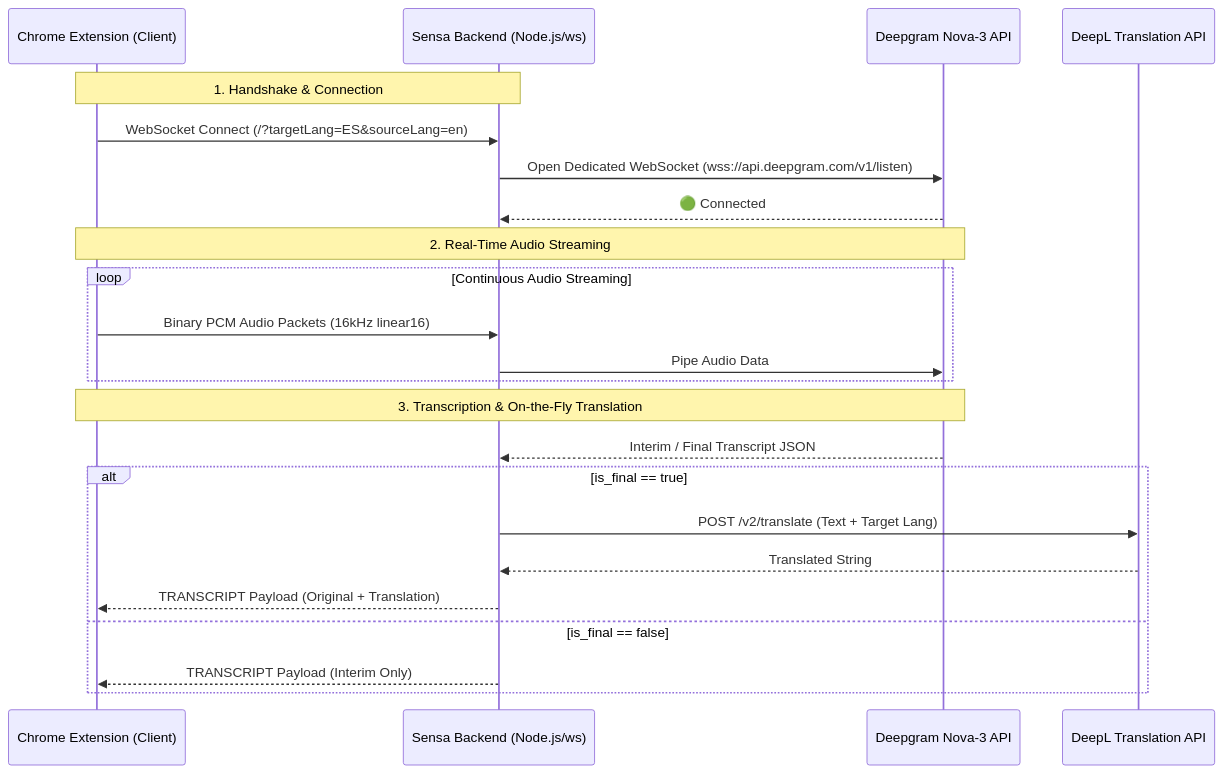
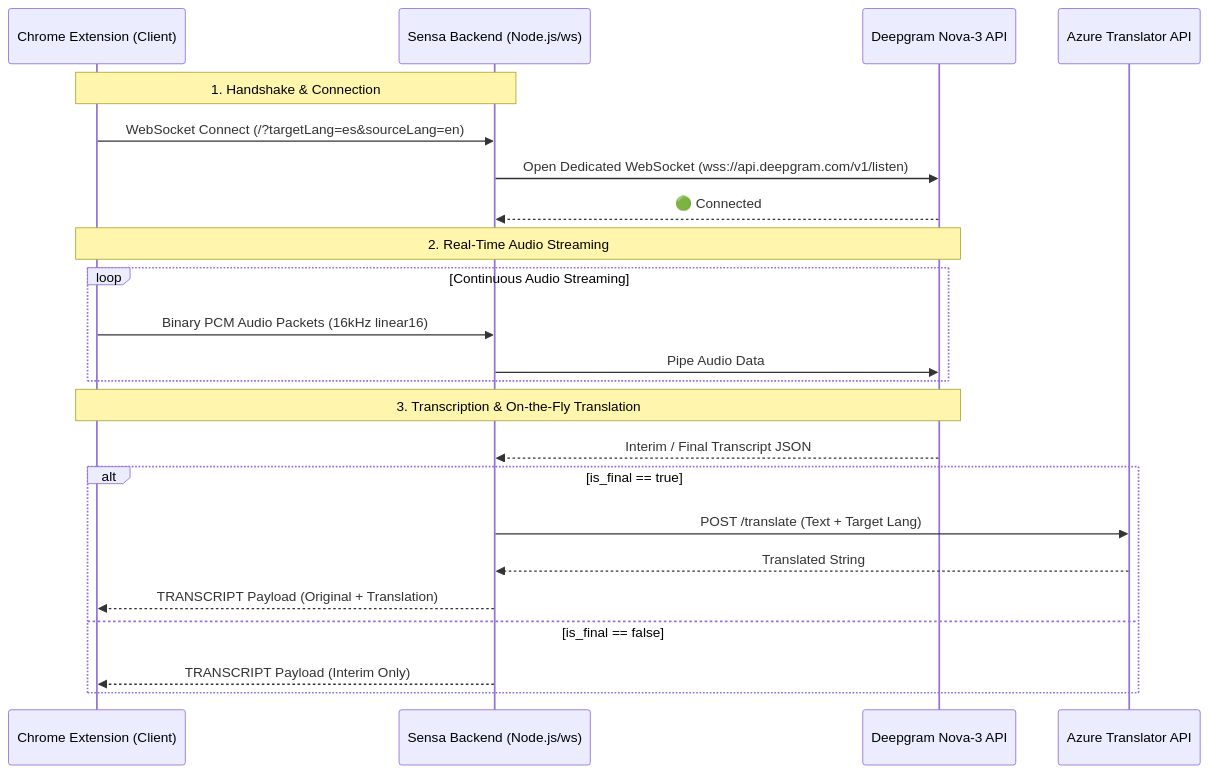
The diagram in README.md (kiandavey/sensa-chrome-extension-backend), drawn with Mermaid before and after one commit. The commit also changed other lines of this file, not shown here.

Commit message:
refactor: migrate translation service from DeepL to Azure Translator in README documentation

````diff
--- a/README.md
+++ b/README.md
@@ -14,28 +14,28 @@
 ```mermaid
 sequenceDiagram
     participant Chrome as Chrome Extension (Client)
     participant Backend as Sensa Backend (Node.js/ws)
     participant Deepgram as Deepgram Nova-3 API
-    participant DeepL as DeepL Translation API
+    participant Azure as Azure Translator API
 
     Note over Chrome,Backend: 1. Handshake & Connection
-    Chrome->>Backend: WebSocket Connect (/?targetLang=ES&sourceLang=en)
+    Chrome->>Backend: WebSocket Connect (/?targetLang=es&sourceLang=en)
     Backend->>Deepgram: Open Dedicated WebSocket (wss://api.deepgram.com/v1/listen)
     Deepgram-->>Backend: 🟢 Connected
 
     Note over Chrome,Deepgram: 2. Real-Time Audio Streaming
     loop Continuous Audio Streaming
         Chrome->>Backend: Binary PCM Audio Packets (16kHz linear16)
         Backend->>Deepgram: Pipe Audio Data
     end
 
     Note over Deepgram,Chrome: 3. Transcription & On-the-Fly Translation
     Deepgram-->>Backend: Interim / Final Transcript JSON
     alt is_final == true
-        Backend->>DeepL: POST /v2/translate (Text + Target Lang)
-        DeepL-->>Backend: Translated String
+        Backend->>Azure: POST /translate (Text + Target Lang)
+        Azure-->>Backend: Translated String
         Backend-->>Chrome: TRANSCRIPT Payload (Original + Translation)
     else is_final == false
         Backend-->>Chrome: TRANSCRIPT Payload (Interim Only)
     end
 ```
````
